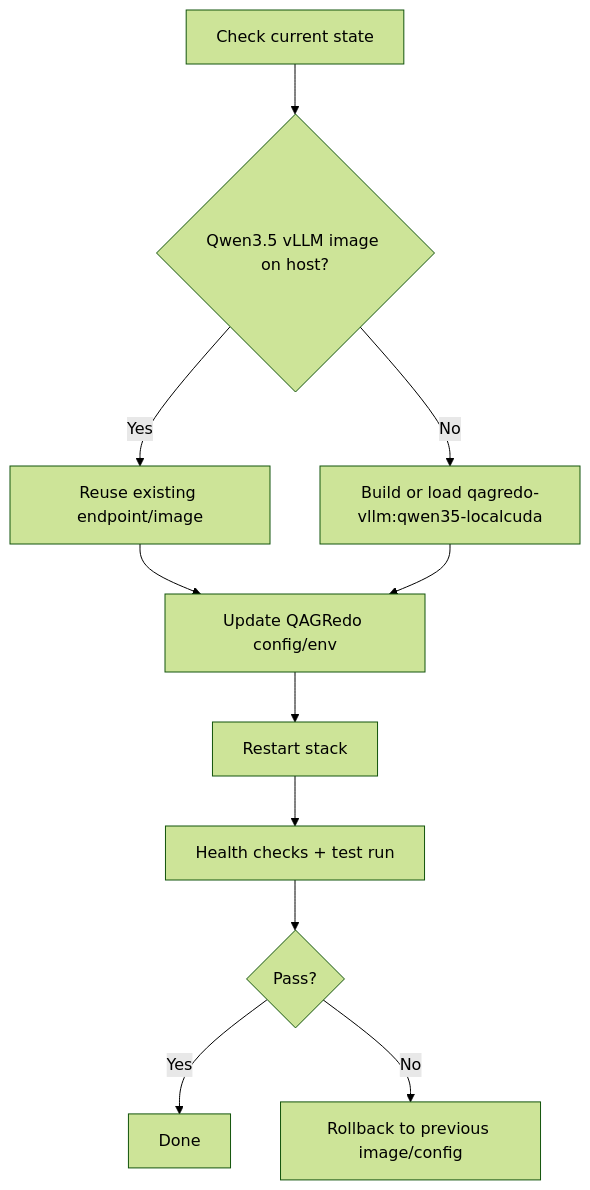
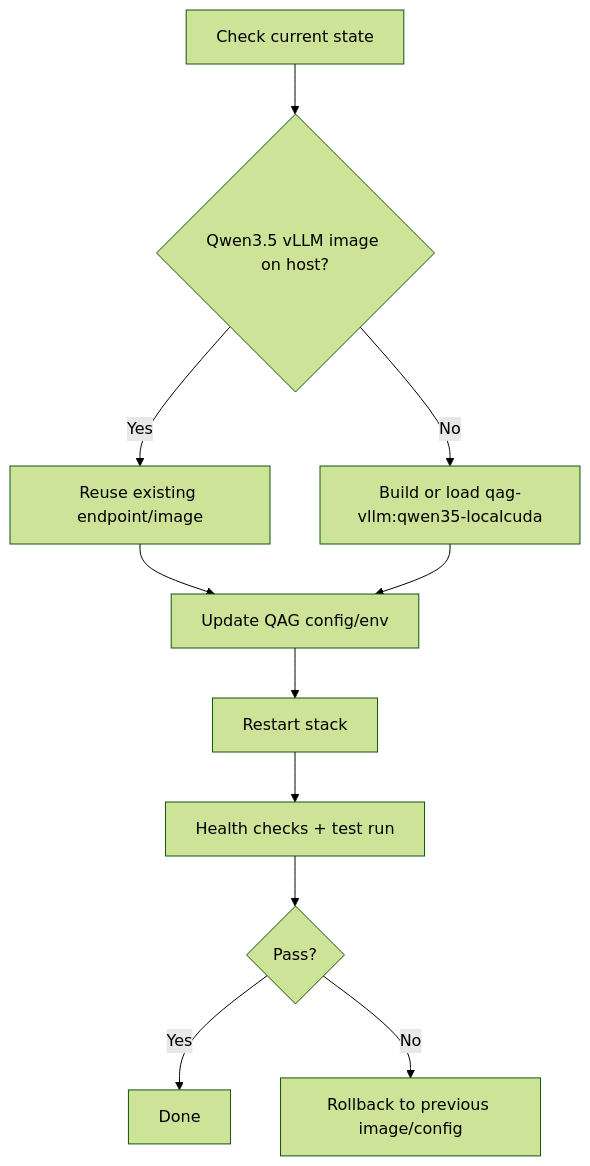
One commit to tohyewhong/qagredo-local changed the diagram in docs/siteserver_vllm_change_flow.mmd. Above: the diagram before and after it, drawn with Mermaid (forest theme). The commit also changed 273 other files, not shown here.

First line of the commit message:
Add algorithm baseline v3, architecture docs, and LoRA finetune stack.

```diff
--- a/docs/siteserver_vllm_change_flow.mmd
+++ b/docs/siteserver_vllm_change_flow.mmd
@@ -1,11 +1,11 @@
 flowchart TD
     A[Check current state] --> B{Qwen3.5 vLLM image on host?}
     B -- Yes --> C[Reuse existing endpoint/image]
-    B -- No --> D[Build or load qagredo-vllm:qwen35-localcuda]
-    C --> E[Update QAGRedo config/env]
+    B -- No --> D[Build or load qag-vllm:qwen35-localcuda]
+    C --> E[Update QAG config/env]
     D --> E
     E --> F[Restart stack]
     F --> G[Health checks + test run]
     G --> H{Pass?}
     H -- Yes --> I[Done]
     H -- No --> J[Rollback to previous image/config]
```
